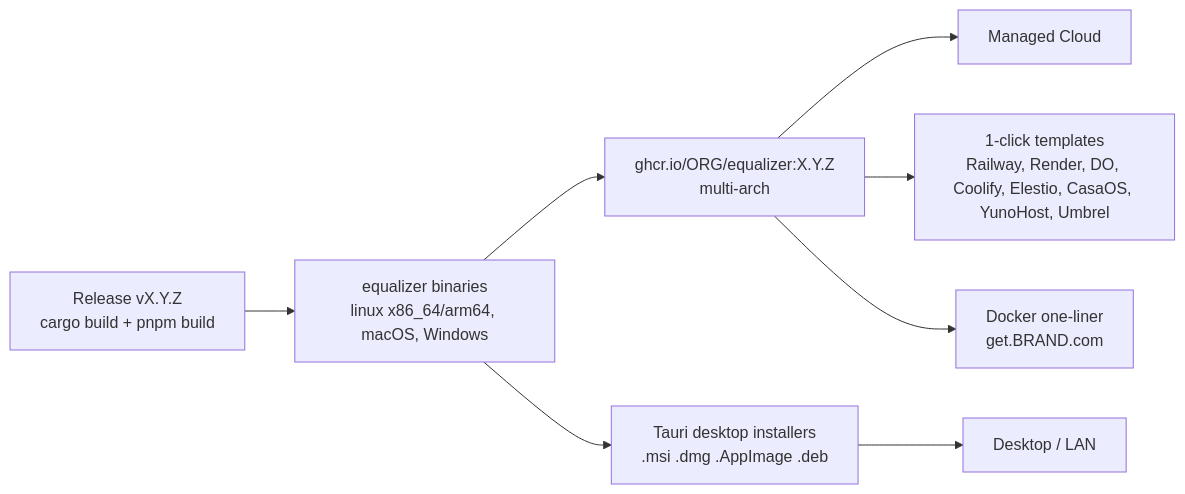
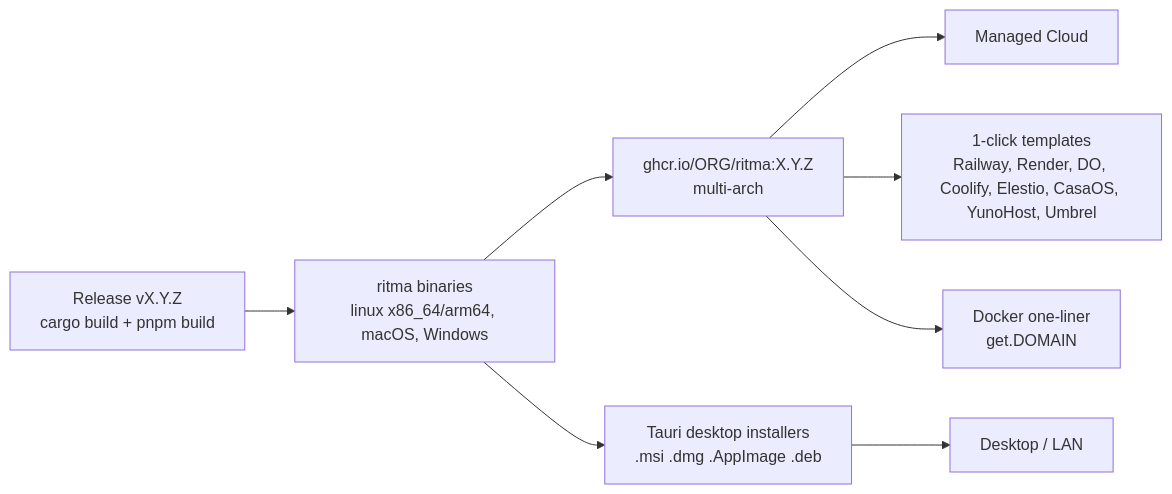
Before and after one commit to sedam-or/Equalizer-Stake: the diagram in spec/14-distribution.md, drawn with Mermaid. The commit also changed other lines of this file and 53 other files, not shown here.

First line of the commit message:
docs(brand): rename product to Ritma and add GitHub growth plan

````diff
--- a/spec/14-distribution.md
+++ b/spec/14-distribution.md
@@ -9,10 +9,10 @@
 ```mermaid
 flowchart LR
-  R[Release vX.Y.Z<br/>cargo build + pnpm build] --> BIN[equalizer binaries<br/>linux x86_64/arm64, macOS, Windows]
-  BIN --> IMG[ghcr.io/ORG/equalizer:X.Y.Z<br/>multi-arch]
+  R[Release vX.Y.Z<br/>cargo build + pnpm build] --> BIN[ritma binaries<br/>linux x86_64/arm64, macOS, Windows]
+  BIN --> IMG[ghcr.io/ORG/ritma:X.Y.Z<br/>multi-arch]
   BIN --> DESK[Tauri desktop installers<br/>.msi .dmg .AppImage .deb]
   IMG --> C1[Managed Cloud]
   IMG --> C2[1-click templates<br/>Railway, Render, DO, Coolify, Elestio, CasaOS, YunoHost, Umbrel]
-  IMG --> C4[Docker one-liner<br/>get.BRAND.com]
+  IMG --> C4[Docker one-liner<br/>get.DOMAIN]
   DESK --> C3[Desktop / LAN]
 ```
````
